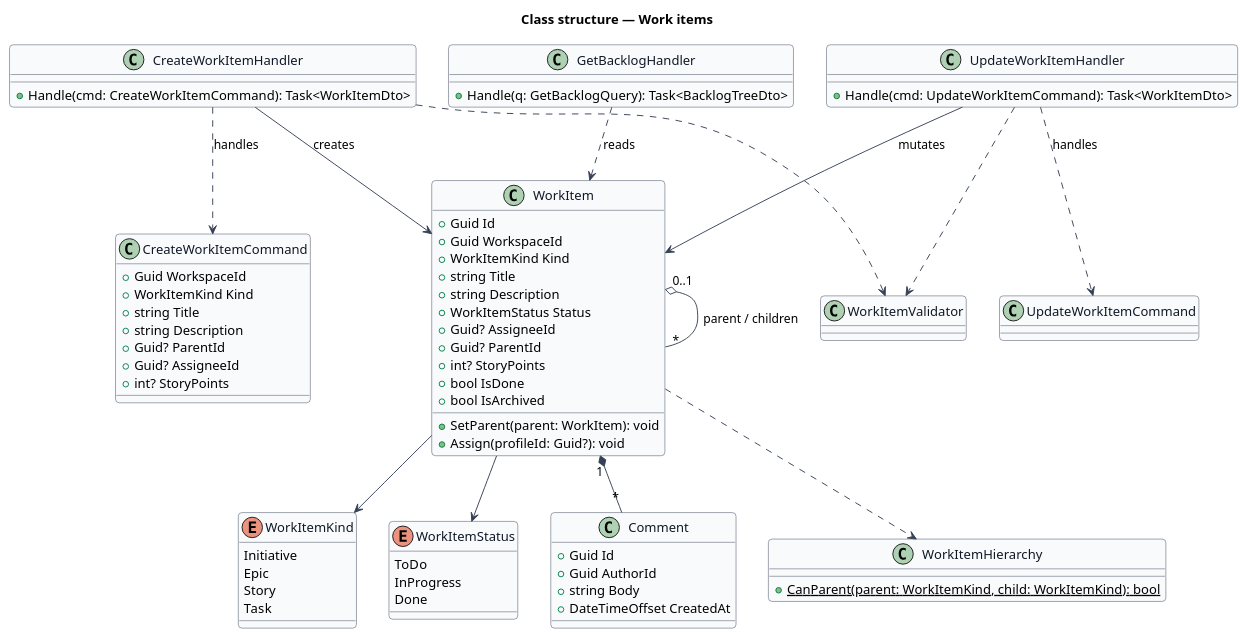
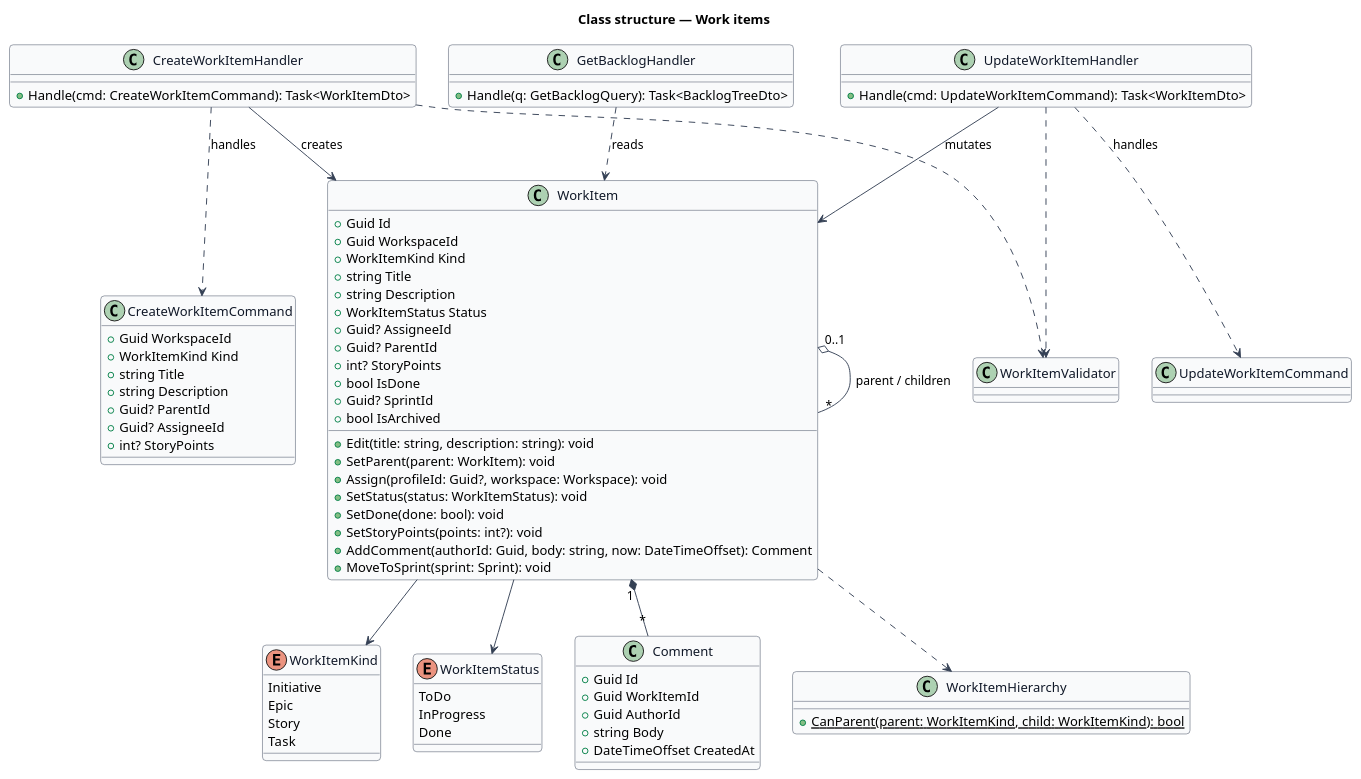
Before and after one commit to QuinntyneBrown/faithtech-community: the diagram in docs/detailed-designs/agile/work-items/diagrams/class-structure.puml, drawn with PlantUML. The commit also changed 96 other files, not shown here.

```diff
--- a/docs/detailed-designs/agile/work-items/diagrams/class-structure.puml
+++ b/docs/detailed-designs/agile/work-items/diagrams/class-structure.puml
@@ -1,81 +1,89 @@
 @startuml
 skinparam backgroundColor #FFFFFF
 skinparam shadowing false
 skinparam roundcorner 8
 skinparam defaultFontName Arial
 skinparam ArrowColor #344054
 skinparam class {
   BorderColor #344054
   FontColor #101828
   BackgroundColor #F9FAFB
 }
 title Class structure — Work items
 
 enum WorkItemKind {
   Initiative
   Epic
   Story
   Task
 }
 enum WorkItemStatus {
   ToDo
   InProgress
   Done
 }
 class WorkItem {
   +Guid Id
   +Guid WorkspaceId
   +WorkItemKind Kind
   +string Title
   +string Description
   +WorkItemStatus Status
   +Guid? AssigneeId
   +Guid? ParentId
   +int? StoryPoints
   +bool IsDone
+  +Guid? SprintId
   +bool IsArchived
+  +Edit(title: string, description: string): void
   +SetParent(parent: WorkItem): void
-  +Assign(profileId: Guid?): void
+  +Assign(profileId: Guid?, workspace: Workspace): void
+  +SetStatus(status: WorkItemStatus): void
+  +SetDone(done: bool): void
+  +SetStoryPoints(points: int?): void
+  +AddComment(authorId: Guid, body: string, now: DateTimeOffset): Comment
+  +MoveToSprint(sprint: Sprint): void
 }
 class Comment {
   +Guid Id
+  +Guid WorkItemId
   +Guid AuthorId
   +string Body
   +DateTimeOffset CreatedAt
 }
 class WorkItemHierarchy {
   +{static} CanParent(parent: WorkItemKind, child: WorkItemKind): bool
 }
 class CreateWorkItemCommand {
   +Guid WorkspaceId
   +WorkItemKind Kind
   +string Title
   +string Description
   +Guid? ParentId
   +Guid? AssigneeId
   +int? StoryPoints
 }
 class UpdateWorkItemCommand
 class CreateWorkItemHandler {
   +Handle(cmd: CreateWorkItemCommand): Task<WorkItemDto>
 }
 class UpdateWorkItemHandler {
   +Handle(cmd: UpdateWorkItemCommand): Task<WorkItemDto>
 }
 class GetBacklogHandler {
   +Handle(q: GetBacklogQuery): Task<BacklogTreeDto>
 }
 class WorkItemValidator
 WorkItem "1" *-- "*" Comment
 WorkItem "0..1" o-- "*" WorkItem : parent / children
 WorkItem --> WorkItemKind
 WorkItem --> WorkItemStatus
 WorkItem ..> WorkItemHierarchy
 CreateWorkItemHandler ..> CreateWorkItemCommand : handles
 UpdateWorkItemHandler ..> UpdateWorkItemCommand : handles
 CreateWorkItemHandler ..> WorkItemValidator
 UpdateWorkItemHandler ..> WorkItemValidator
 CreateWorkItemHandler --> WorkItem : creates
 UpdateWorkItemHandler --> WorkItem : mutates
 GetBacklogHandler ..> WorkItem : reads
 @enduml
```
